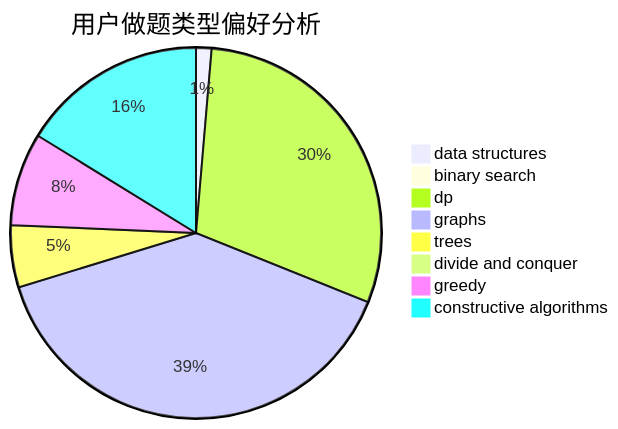
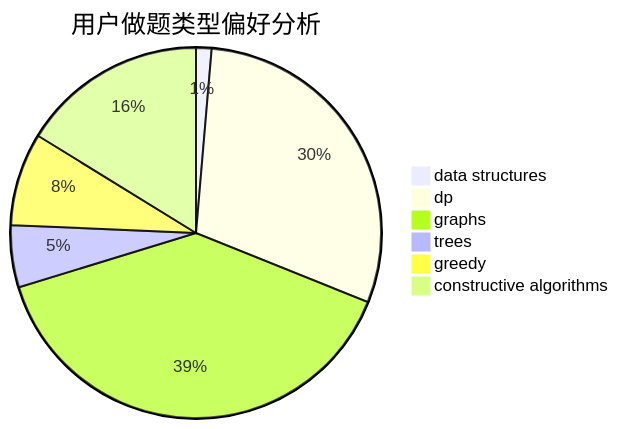
Before and after one commit to sherpahu/cfrs.github.io: the second of 3 diagrams in docs/user/u953.md, drawn with Mermaid. The commit also changed other lines of this file and 2770 other files, not shown here.

````diff
--- a/docs/user/u953.md
+++ b/docs/user/u953.md
@@ -18,11 +16,9 @@
 ```mermaid
 pie title 用户做题类型偏好分析
     "data structures" :  1
-    "binary search" :  0
     "dp" :  22
     "graphs" :  29
     "trees" :  4
-    "divide and conquer" :  0
     "greedy" :  6
     "constructive algorithms" :  12
 ```
````
